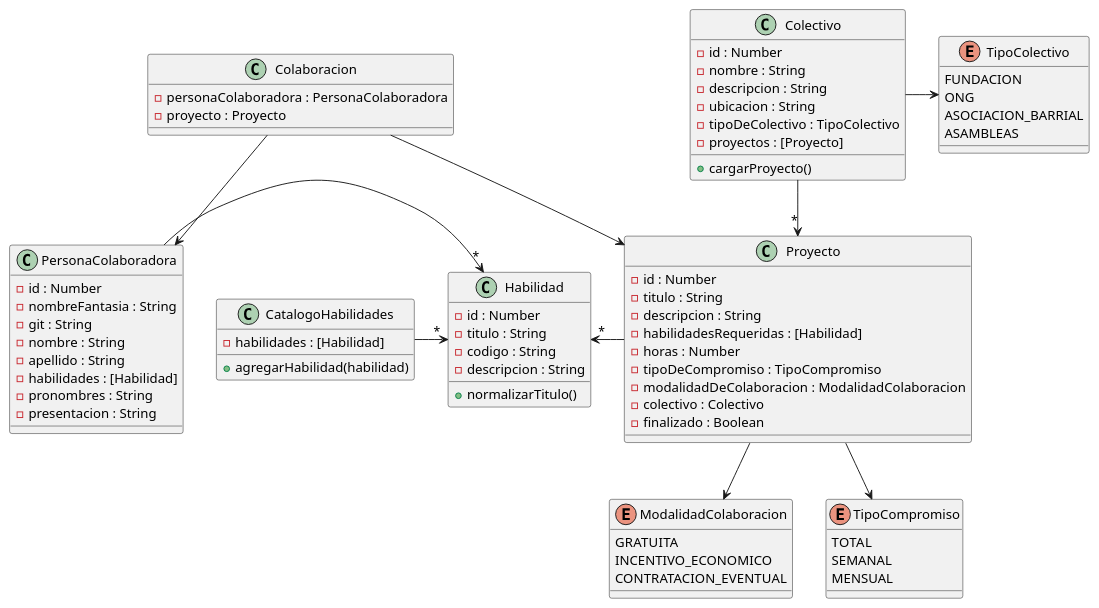
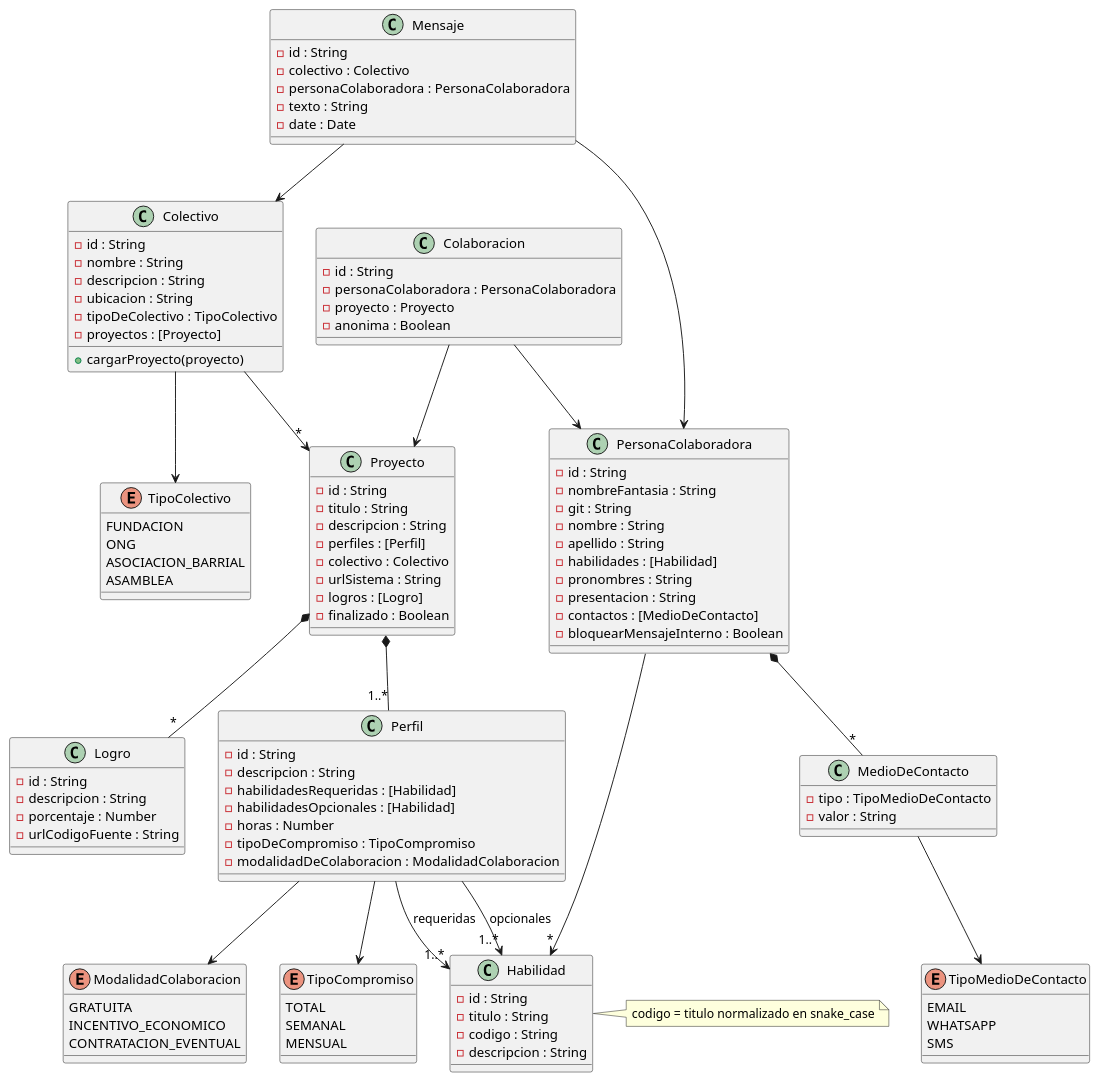
The diagram in docs/diagrama.puml (FMartineezz/Tp-dds-CodigoAVoluntad), drawn with PlantUML before and after one commit. The commit also changed 5 other files, not shown here.

Commit message:
docs: actualizo Swagger, DocumentacionAPI, Postman, diagrama y README para la entrega 2

```diff
--- a/docs/diagrama.puml
+++ b/docs/diagrama.puml
@@ -1,86 +1,123 @@
 @startuml CodigoAVoluntad
 class Colectivo{
-    -id : Number
+    -id : String
     -nombre : String
     -descripcion : String
     -ubicacion : String
     -tipoDeColectivo : TipoColectivo
     -proyectos : [Proyecto]
 
-    +cargarProyecto()
+    +cargarProyecto(proyecto)
 }
 
 class Proyecto{
-    -id : Number
+    -id : String
     -titulo : String
     -descripcion : String
+    -perfiles : [Perfil]
+    -colectivo : Colectivo
+    -urlSistema : String
+    -logros : [Logro]
+    -finalizado : Boolean
+}
+
+class Perfil{
+    -id : String
+    -descripcion : String
     -habilidadesRequeridas : [Habilidad]
+    -habilidadesOpcionales : [Habilidad]
     -horas : Number
     -tipoDeCompromiso : TipoCompromiso
     -modalidadDeColaboracion : ModalidadColaboracion
-    -colectivo : Colectivo
-    -finalizado : Boolean
+}
+
+class Logro{
+    -id : String
+    -descripcion : String
+    -porcentaje : Number
+    -urlCodigoFuente : String
 }
 
 class Colaboracion{
+    -id : String
     -personaColaboradora : PersonaColaboradora
     -proyecto : Proyecto
+    -anonima : Boolean
 }
 
 class Habilidad{
-    -id : Number
+    -id : String
     -titulo : String
     -codigo : String
     -descripcion : String
-
-    +normalizarTitulo()
 }
-
-
-class CatalogoHabilidades{
-    -habilidades : [Habilidad]
-
-    +agregarHabilidad(habilidad)
-}
+note right of Habilidad : codigo = titulo normalizado en snake_case
 
 class PersonaColaboradora{
-    -id : Number
+    -id : String
     -nombreFantasia : String
     -git : String
     -nombre : String
     -apellido : String
     -habilidades : [Habilidad]
     -pronombres : String
     -presentacion : String
+    -contactos : [MedioDeContacto]
+    -bloquearMensajeInterno : Boolean
+}
+
+class MedioDeContacto{
+    -tipo : TipoMedioDeContacto
+    -valor : String
+}
+
+class Mensaje{
+    -id : String
+    -colectivo : Colectivo
+    -personaColaboradora : PersonaColaboradora
+    -texto : String
+    -date : Date
 }
 
 enum ModalidadColaboracion {
     GRATUITA
     INCENTIVO_ECONOMICO
     CONTRATACION_EVENTUAL
 }
 
 enum TipoCompromiso {
     TOTAL
     SEMANAL
     MENSUAL
 }
 
 enum TipoColectivo {
     FUNDACION
     ONG
     ASOCIACION_BARRIAL
-    ASAMBLEAS
+    ASAMBLEA
+}
+
+enum TipoMedioDeContacto {
+    EMAIL
+    WHATSAPP
+    SMS
 }
 
 Colectivo --> "*" Proyecto
-PersonaColaboradora -> "*" Habilidad
-CatalogoHabilidades -> "*" Habilidad
-Habilidad "*" <- Proyecto
+Colectivo --> TipoColectivo
+Proyecto *-- "1..*" Perfil
+Proyecto *-- "*" Logro
+Perfil --> "1..*" Habilidad : requeridas
+Perfil --> "1..*" Habilidad : opcionales
+Perfil --> TipoCompromiso
+Perfil --> ModalidadColaboracion
+PersonaColaboradora --> "*" Habilidad
+PersonaColaboradora *-- "*" MedioDeContacto
+MedioDeContacto --> TipoMedioDeContacto
 Colaboracion --> Proyecto
 Colaboracion --> PersonaColaboradora
-Colectivo -> TipoColectivo
-Proyecto --> ModalidadColaboracion
-Proyecto --> TipoCompromiso
+Mensaje --> Colectivo
+Mensaje --> PersonaColaboradora
 
 @enduml
```
